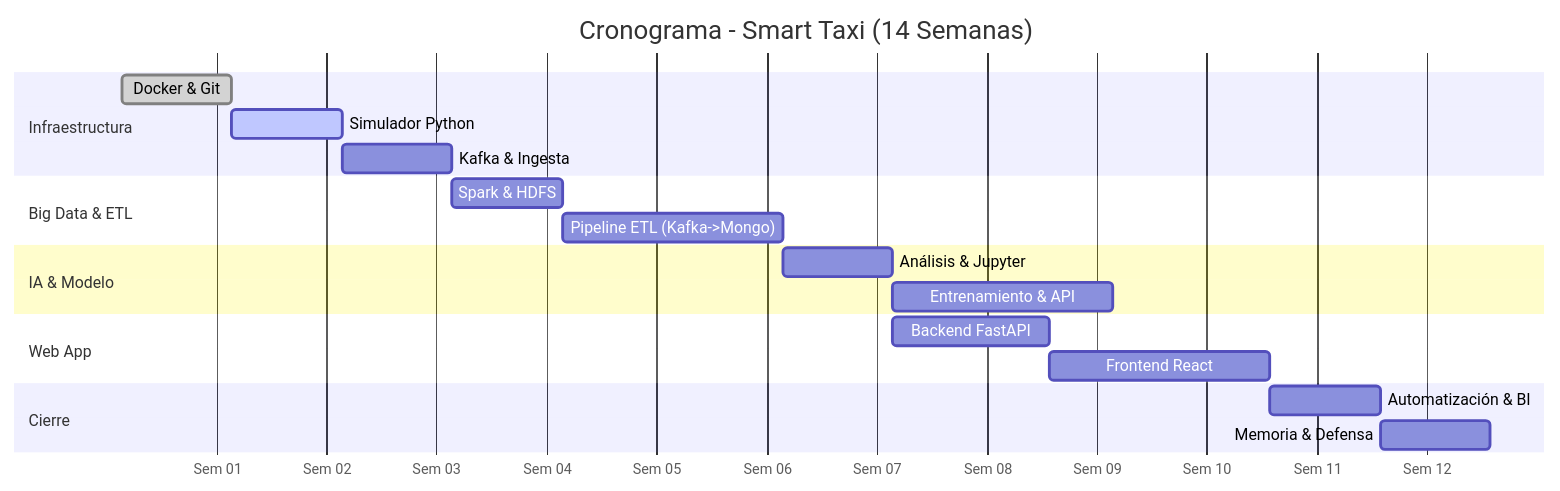
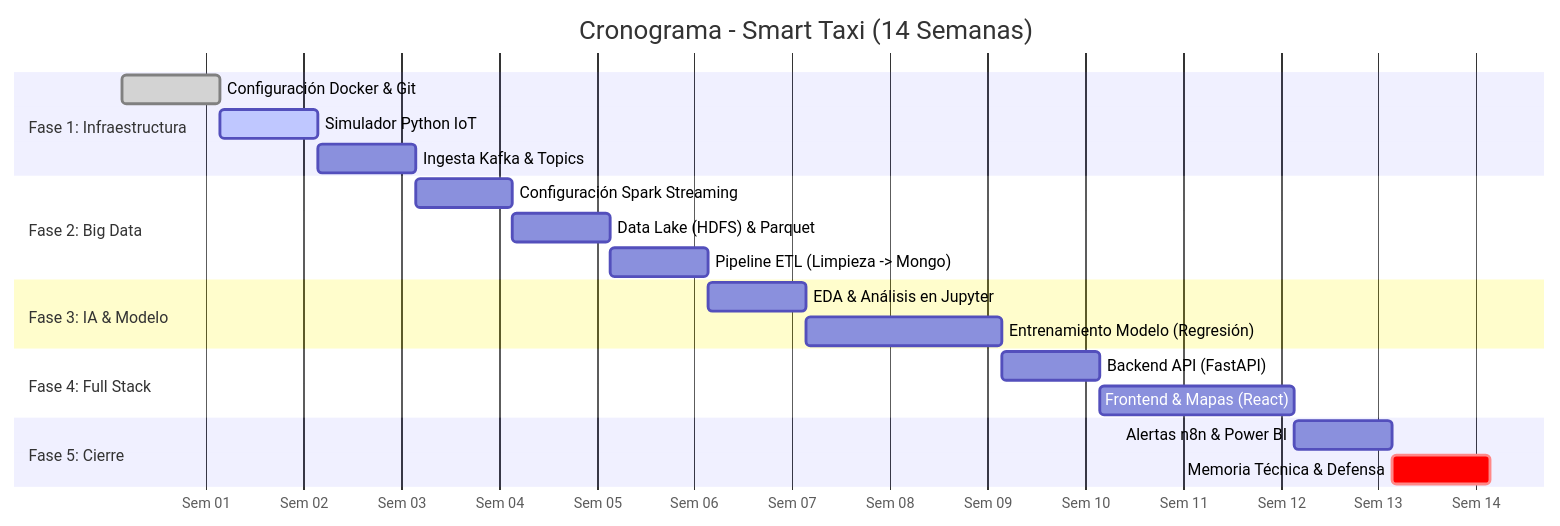
The second of 2 diagrams in README.md (Ismaeltg05/DIET-IA), drawn with Mermaid before and after one commit.

Commit message:
Revise project phases and update timeline sections

````diff
--- a/README.md
+++ b/README.md
@@ -191,28 +191,33 @@
 ```mermaid
 gantt
     title Cronograma - Smart Taxi (14 Semanas)
     dateFormat  YYYY-MM-DD
     axisFormat  Sem %W
     
-    section Infraestructura
-    Docker & Git                     :done,    d1, 2024-01-01, 7d
-    Simulador Python                 :active,  d2, after d1, 7d
-    Kafka & Ingesta                  :         d3, after d2, 7d
+    %% --- FASE 1: Semanas 1 a 3 ---
+    section Fase 1: Infraestructura
+    Configuración Docker & Git       :done,    f1_env, 2024-01-01, 1w
+    Simulador Python IoT             :active,  f1_sim, after f1_env, 1w
+    Ingesta Kafka & Topics           :         f1_kaf, after f1_sim, 1w
     
-    %% ... resto del código igual ...
-    section Big Data & ETL
-    Spark & HDFS                     :         d4, after d3, 7d
-    Pipeline ETL (Kafka->Mongo)      :         d5, after d4, 14d
+    %% --- FASE 2: Semanas 4 a 6 ---
+    section Fase 2: Big Data
+    Configuración Spark Streaming    :         f2_spk, after f1_kaf, 1w
+    Data Lake (HDFS) & Parquet       :         f2_hdf, after f2_spk, 1w
+    Pipeline ETL (Limpieza -> Mongo) :         f2_etl, after f2_hdf, 1w
 
-    section IA & Modelo
-    Análisis & Jupyter               :         d6, after d5, 7d
-    Entrenamiento & API              :         d7, after d6, 14d
+    %% --- FASE 3: Semanas 7 a 9 ---
+    section Fase 3: IA & Modelo
+    EDA & Análisis en Jupyter        :         f3_eda, after f2_etl, 1w
+    Entrenamiento Modelo (Regresión) :         f3_train, after f3_eda, 2w
 
-    section Web App
-    Backend FastAPI                  :         d8, after d6, 10d
-    Frontend React                   :         d9, after d8, 14d
+    %% --- FASE 4: Semanas 10 a 12 ---
+    section Fase 4: Full Stack
+    Backend API (FastAPI)            :         f4_back, after f3_train, 1w
+    Frontend & Mapas (React)         :         f4_front, after f4_back, 2w
 
-    section Cierre
-    Automatización & BI              :         d10, after d9, 7d
-    Memoria & Defensa                :         d11, after d10, 7d
+    %% --- FASE 5: Semanas 13 a 14 ---
+    section Fase 5: Cierre
+    Alertas n8n & Power BI           :         f5_bi, after f4_front, 1w
+    Memoria Técnica & Defensa        :crit,    f5_doc, after f5_bi, 1w
 ```
````
